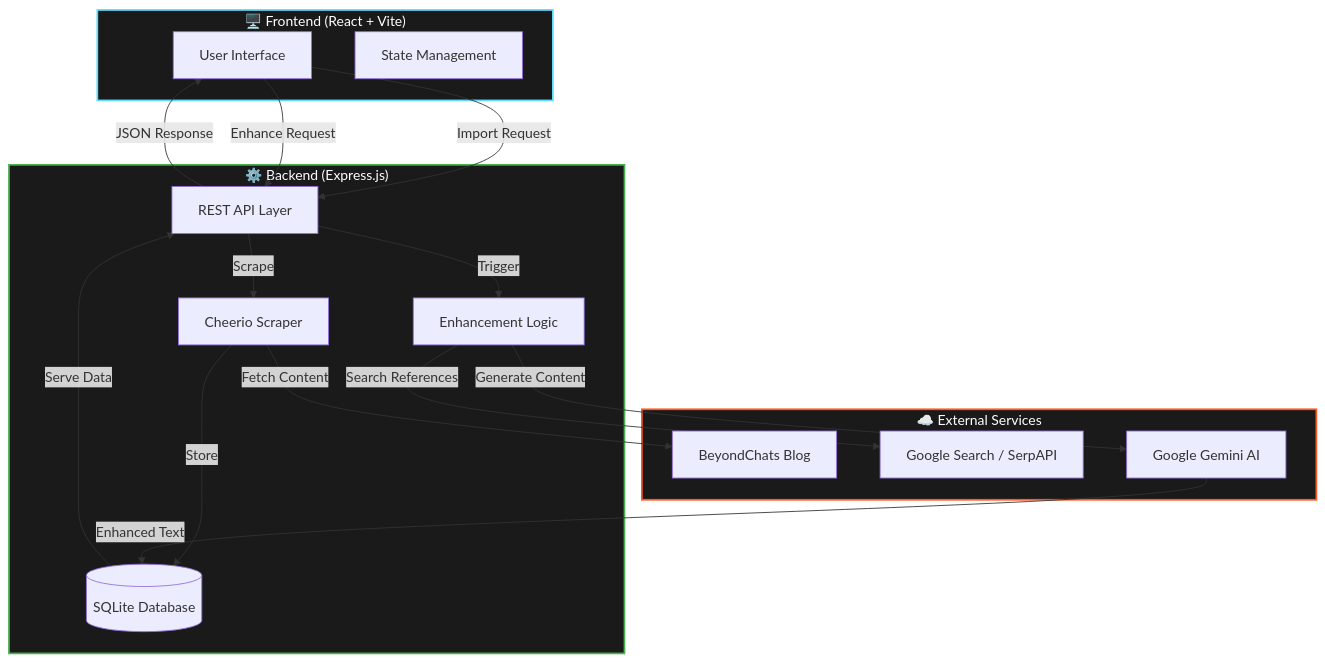
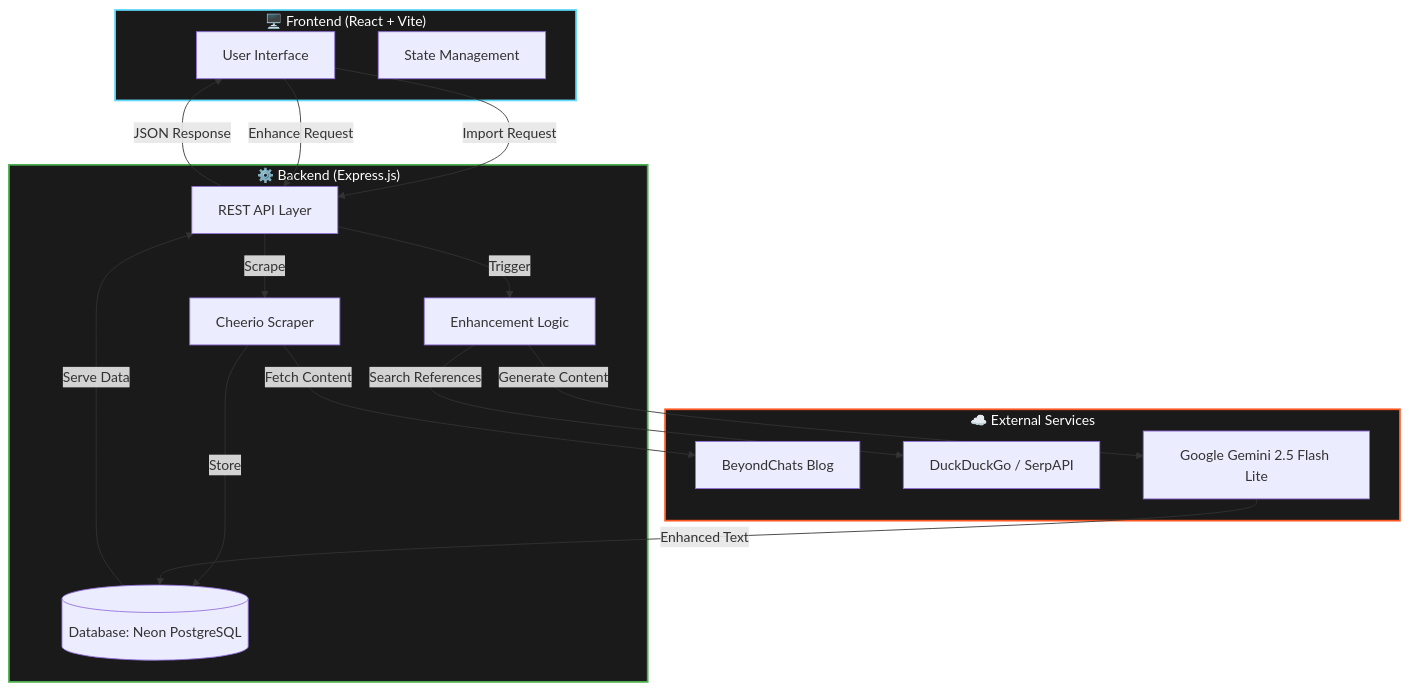
One commit to anishjha12309/beyondChats changed the diagram in README.md. Above: the diagram before and after it, drawn with Mermaid. The commit also changed other lines of this file, not shown here.

Commit message:
Correction: Update README to specify Neon PostgreSQL and Gemini 2.5 Flash Lite

````diff
--- a/README.md
+++ b/README.md
@@ -29,40 +29,40 @@
 ```mermaid
 graph TD
     subgraph Client ["🖥️ Frontend (React + Vite)"]
         UI[User Interface]
         State[State Management]
     end
 
     subgraph Server ["⚙️ Backend (Express.js)"]
         API[REST API Layer]
         Scraper[Cheerio Scraper]
-        DB[(SQLite Database)]
+        DB[(Database: Neon PostgreSQL)]
         Orchestrator[Enhancement Logic]
     end
 
     subgraph External ["☁️ External Services"]
         BC[BeyondChats Blog]
-        Google[Google Search / SerpAPI]
-        Gemini[Google Gemini AI]
+        Search[DuckDuckGo / SerpAPI]
+        Gemini[Google Gemini 2.5 Flash Lite]
     end
 
     %% Flow
     UI -->|Import Request| API
     API -->|Scrape| Scraper
     Scraper -->|Fetch Content| BC
     Scraper -->|Store| DB
     
     UI -->|Enhance Request| API
     API -->|Trigger| Orchestrator
-    Orchestrator -->|Search References| Google
+    Orchestrator -->|Search References| Search
     Orchestrator -->|Generate Content| Gemini
     Gemini -->|Enhanced Text| DB
     
     DB -->|Serve Data| API
     API -->|JSON Response| UI
 
     %% Styling
     style Client fill:#1a1a1a,stroke:#61DAFB,stroke-width:2px,color:#fff
     style Server fill:#1a1a1a,stroke:#4CAF50,stroke-width:2px,color:#fff
     style External fill:#1a1a1a,stroke:#FF5722,stroke-width:2px,color:#fff
 ```
````
